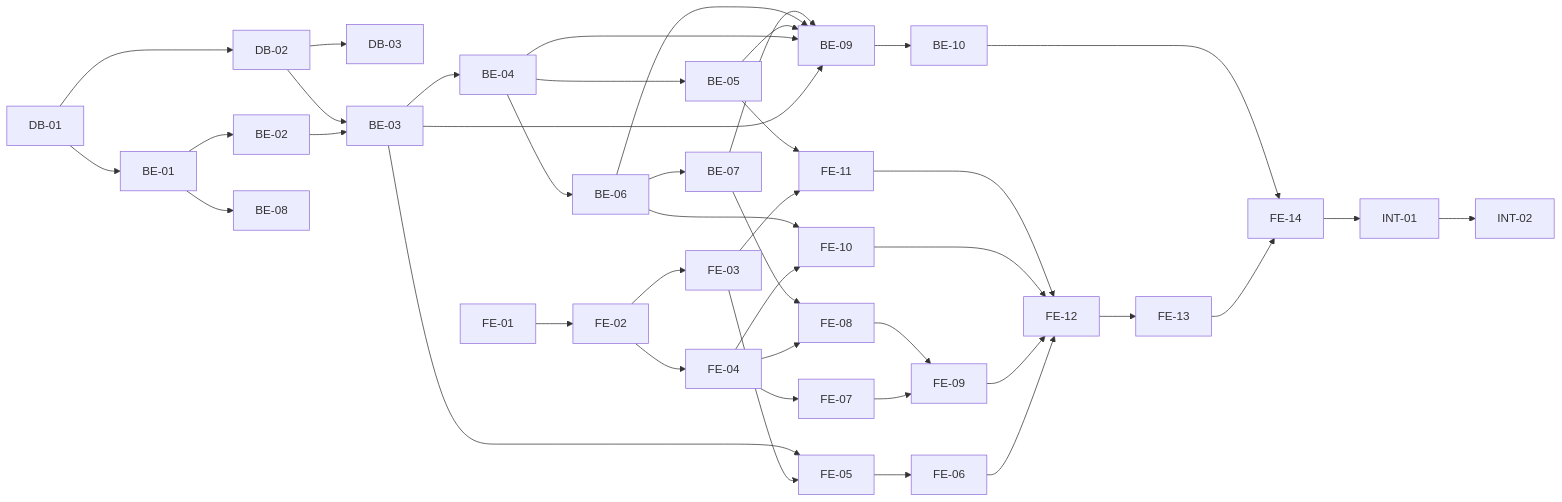
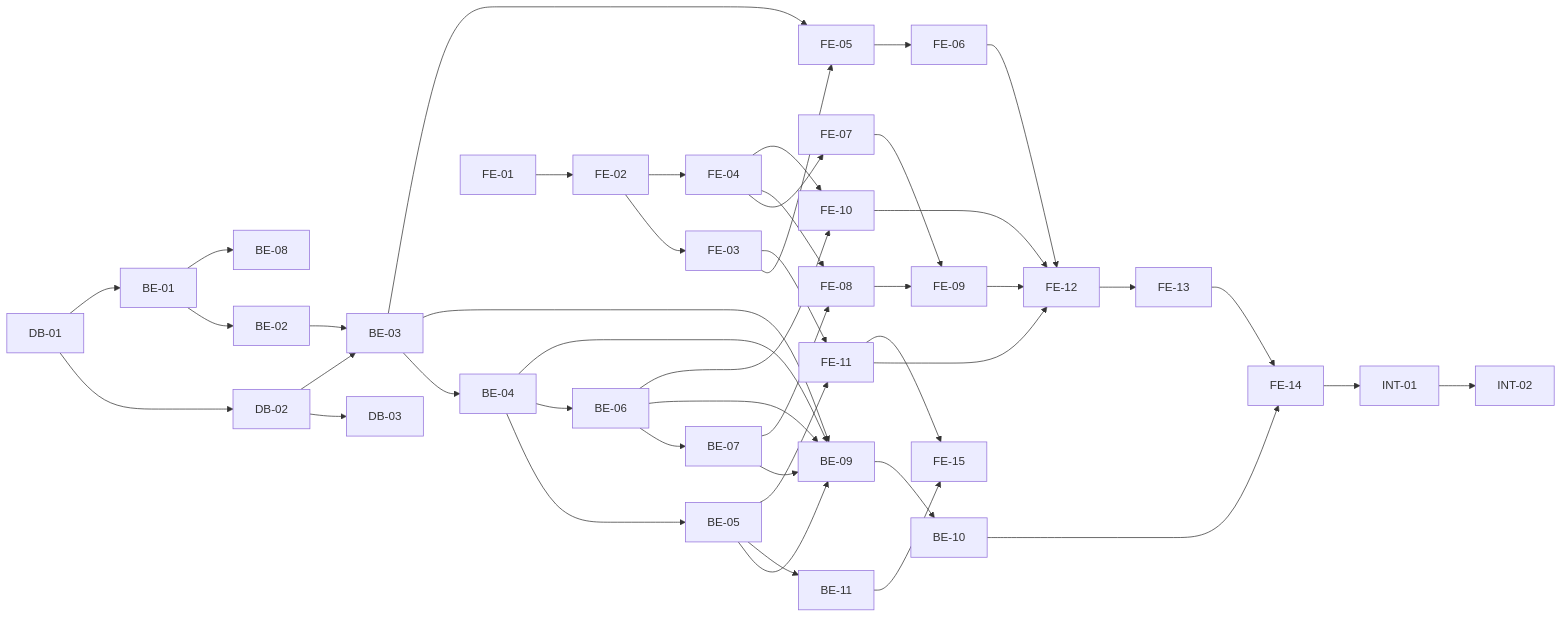
The diagram in docs/8-plan.md (ga0-c1028/my_Todolist), drawn with Mermaid before and after one commit. The commit also changed other lines of this file and 172 other files, not shown here.

````diff
--- a/docs/8-plan.md
+++ b/docs/8-plan.md
@@ -403,27 +430,29 @@
 ```mermaid
 flowchart LR
     DB01[DB-01] --> DB02[DB-02] --> DB03[DB-03]
     DB01 --> BE01[BE-01] --> BE02[BE-02] --> BE03[BE-03] --> BE04[BE-04]
     DB02 --> BE03
     BE04 --> BE05[BE-05]
     BE04 --> BE06[BE-06] --> BE07[BE-07]
     BE01 --> BE08[BE-08]
     BE03 & BE04 & BE05 & BE06 & BE07 --> BE09[BE-09] --> BE10[BE-10]
+    BE05 --> BE11[BE-11]
 
     FE01[FE-01] --> FE02[FE-02] --> FE03[FE-03]
     FE02 --> FE04[FE-04]
     FE03 --> FE05[FE-05] --> FE06[FE-06]
     BE03 --> FE05
     FE04 --> FE07[FE-07]
     FE04 --> FE08[FE-08]
     BE07 --> FE08
     FE07 & FE08 --> FE09[FE-09]
     FE04 --> FE10[FE-10]
     BE06 --> FE10
     FE03 --> FE11[FE-11]
     BE05 --> FE11
     FE06 & FE09 & FE10 & FE11 --> FE12[FE-12] --> FE13[FE-13] --> FE14[FE-14]
     BE10 --> FE14
+    FE11 & BE11 --> FE15[FE-15]
 
     FE14 --> INT01[INT-01] --> INT02[INT-02]
 ```
````
